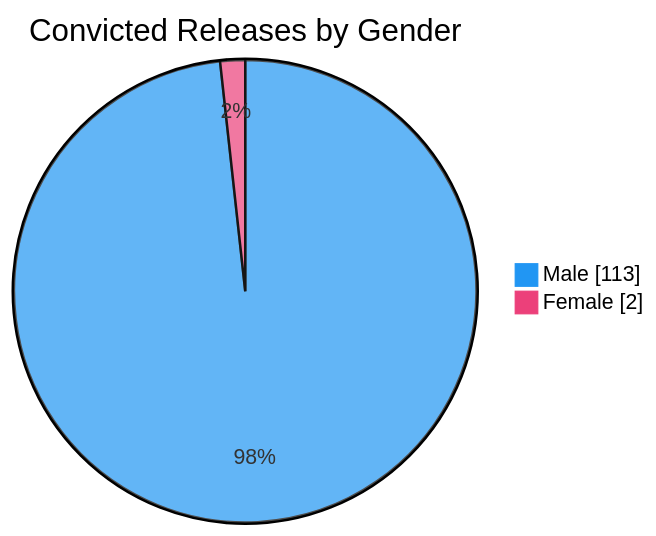
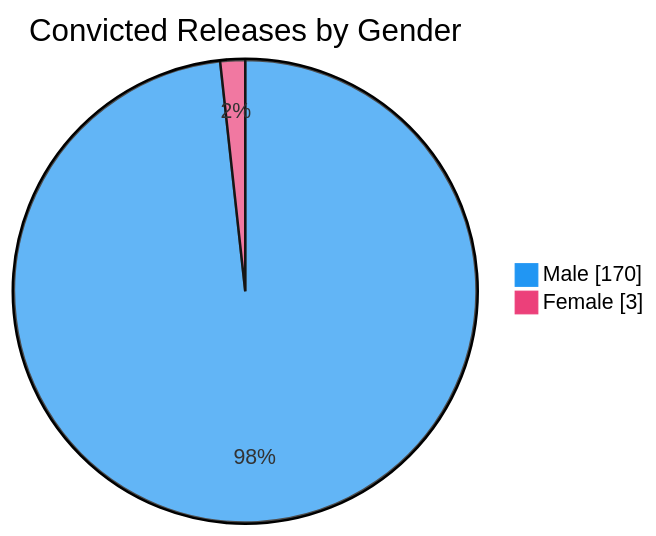
The sixth of 7 diagrams in README.md (nuuuwan/lk_prisons), drawn with Mermaid before and after one commit. The commit also changed other lines of this file and 1 other file, not shown here.

````diff
--- a/README.md
+++ b/README.md
@@ -98,6 +98,6 @@
 ```mermaid
 %%{init: {'themeVariables': {'pie1': '#2196F3', 'pie2': '#EC407A'}}}%%
 pie showData title Convicted Releases by Gender
-    "Male" : 113
-    "Female" : 2
+    "Male" : 170
+    "Female" : 3
 ```
````
